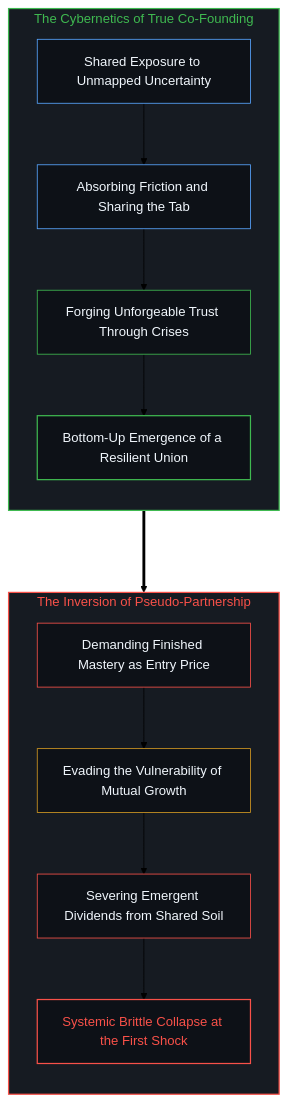
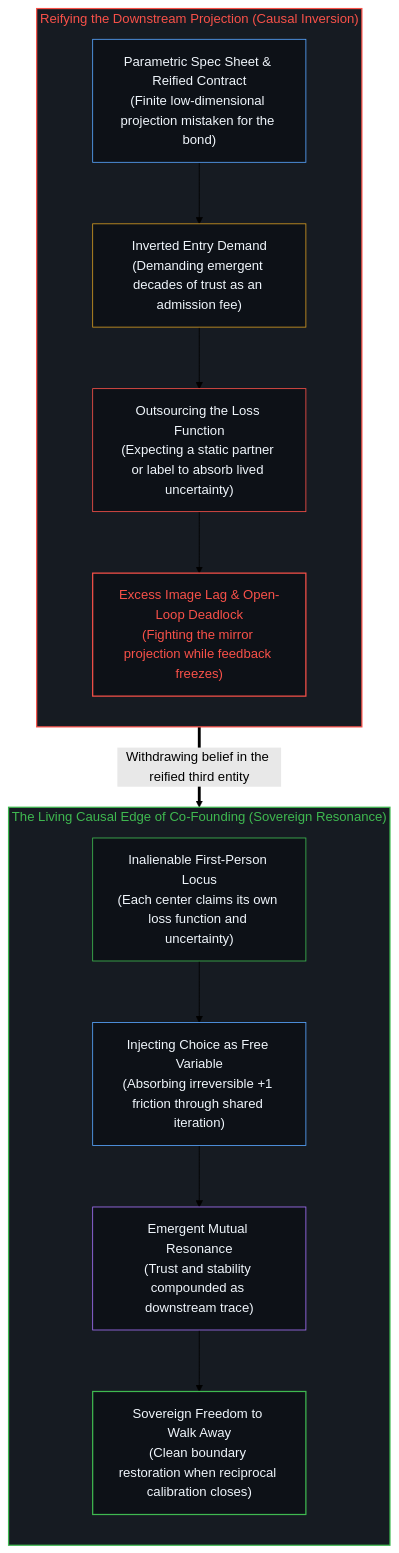
The second of 2 diagrams in content/posts/the-causal-inversion-of-partnership.md (powerpig99/not-a-toe), drawn with Mermaid (forest theme) before and after one commit. The commit also changed other lines of this file and 1 other file, not shown here.

Commit message:
Refine Post (Wave 3 L2 #99): the-causal-inversion-of-partnership

````diff
--- a/content/posts/the-causal-inversion-of-partnership.md
+++ b/content/posts/the-causal-inversion-of-partnership.md
@@ -193,29 +77,33 @@
 ```mermaid
-graph TD
-    subgraph S_GenuineCo_EN ["The Cybernetics of True Co-Founding"]
+flowchart TD
+    subgraph S_Inverted["Reifying the Downstream Projection (Causal Inversion)"]
         direction TB
-        GE_Risk["Shared Exposure to Unmapped Uncertainty"] --> GE_Friction["Absorbing Friction and Sharing the Tab"]
-        GE_Friction --> GE_Trust["Forging Unforgeable Trust Through Crises"]
-        GE_Trust --> GE_Emergence["Bottom-Up Emergence of a Resilient Union"]
+        P_Spec["Parametric Spec Sheet & Reified Contract<br/>(Finite low-dimensional projection mistaken for the bond)"]
+        P_Harvest["Inverted Entry Demand<br/>(Demanding emergent decades of trust as an admission fee)"]
+        P_Outsource["Outsourcing the Loss Function<br/>(Expecting a static partner or label to absorb lived uncertainty)"]
+        P_Brittle["Excess Image Lag & Open-Loop Deadlock<br/>(Fighting the mirror projection while feedback freezes)"]
+        P_Spec --> P_Harvest --> P_Outsource --> P_Brittle
     end
 
-    subgraph S_InvertedCo_EN ["The Inversion of Pseudo-Partnership"]
+    subgraph S_Coherent["The Living Causal Edge of Co-Founding (Sovereign Resonance)"]
         direction TB
-        PE_Demand["Demanding Finished Mastery as Entry Price"] --> PE_Refuse["Evading the Vulnerability of Mutual Growth"]
-        PE_Refuse --> PE_Sever["Severing Emergent Dividends from Shared Soil"]
-        PE_Sever --> PE_Fragility["Systemic Brittle Collapse at the First Shock"]
+        E_Locus["Inalienable First-Person Locus<br/>(Each center claims its own loss function and uncertainty)"]
+        E_Inject["Injecting Choice as Free Variable<br/>(Absorbing irreversible +1 friction through shared iteration)"]
+        E_Resonance["Emergent Mutual Resonance<br/>(Trust and stability compounded as downstream trace)"]
+        E_Exit["Sovereign Freedom to Walk Away<br/>(Clean boundary restoration when reciprocal calibration closes)"]
+        E_Locus --> E_Inject --> E_Resonance --> E_Exit
     end
 
-    GE_Emergence ===> PE_Demand
+    P_Brittle ==>|"Withdrawing belief in the reified third entity"| E_Locus
 
-    style S_GenuineCo_EN fill:#161b22,stroke:#3fb950,stroke-width:1.5px,color:#3fb950
-    style S_InvertedCo_EN fill:#161b22,stroke:#f85149,stroke-width:1.5px,color:#f85149
-    style GE_Risk fill:#0d1117,stroke:#58a6ff,stroke-width:1px,color:#f0f6fc
-    style GE_Friction fill:#0d1117,stroke:#58a6ff,stroke-width:1px,color:#f0f6fc
-    style GE_Trust fill:#0d1117,stroke:#3fb950,stroke-width:1px,color:#f0f6fc
-    style GE_Emergence fill:#0d1117,stroke:#3fb950,stroke-width:1.5px,color:#f0f6fc
-    style PE_Demand fill:#0d1117,stroke:#f85149,stroke-width:1px,color:#f0f6fc
-    style PE_Refuse fill:#0d1117,stroke:#d29922,stroke-width:1px,color:#f0f6fc
-    style PE_Sever fill:#0d1117,stroke:#f85149,stroke-width:1px,color:#f0f6fc
-    style PE_Fragility fill:#0d1117,stroke:#f85149,stroke-width:1.5px,color:#f85149
+    style S_Inverted fill:#161b22,stroke:#f85149,stroke-width:1.5px,color:#f85149
+    style S_Coherent fill:#161b22,stroke:#3fb950,stroke-width:1.5px,color:#3fb950
+    style P_Spec fill:#0d1117,stroke:#58a6ff,stroke-width:1px,color:#f0f6fc
+    style P_Harvest fill:#0d1117,stroke:#d29922,stroke-width:1px,color:#f0f6fc
+    style P_Outsource fill:#0d1117,stroke:#f85149,stroke-width:1px,color:#f0f6fc
+    style P_Brittle fill:#0d1117,stroke:#f85149,stroke-width:1.5px,color:#f85149
+    style E_Locus fill:#0d1117,stroke:#3fb950,stroke-width:1px,color:#f0f6fc
+    style E_Inject fill:#0d1117,stroke:#58a6ff,stroke-width:1px,color:#f0f6fc
+    style E_Resonance fill:#0d1117,stroke:#a371f7,stroke-width:1px,color:#f0f6fc
+    style E_Exit fill:#0d1117,stroke:#3fb950,stroke-width:1.5px,color:#f0f6fc
 ```
````
